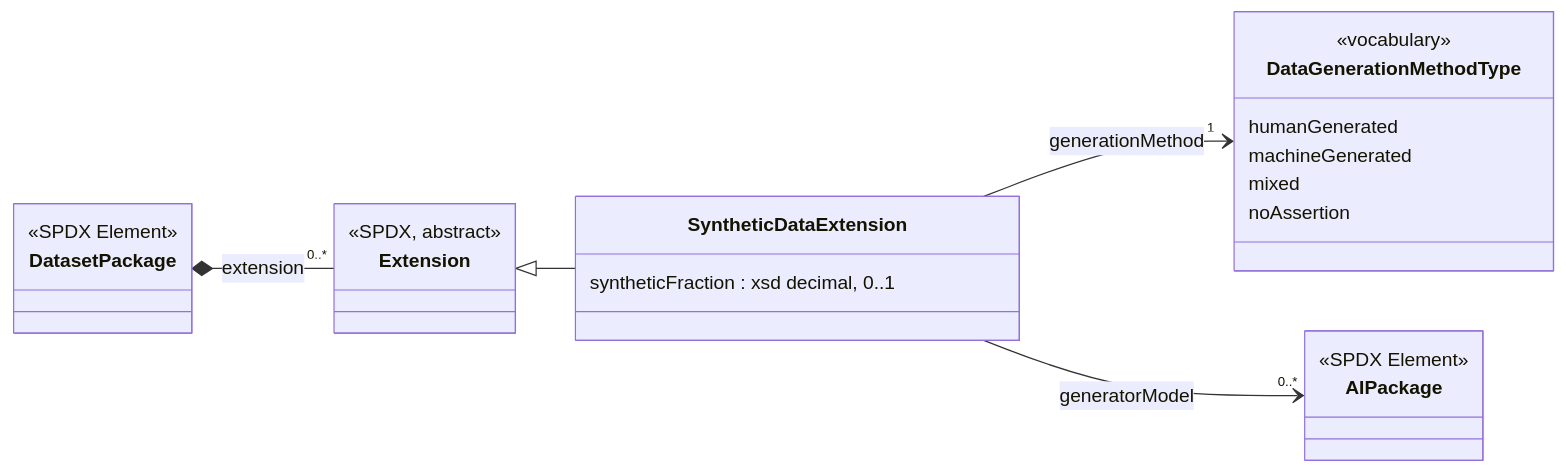
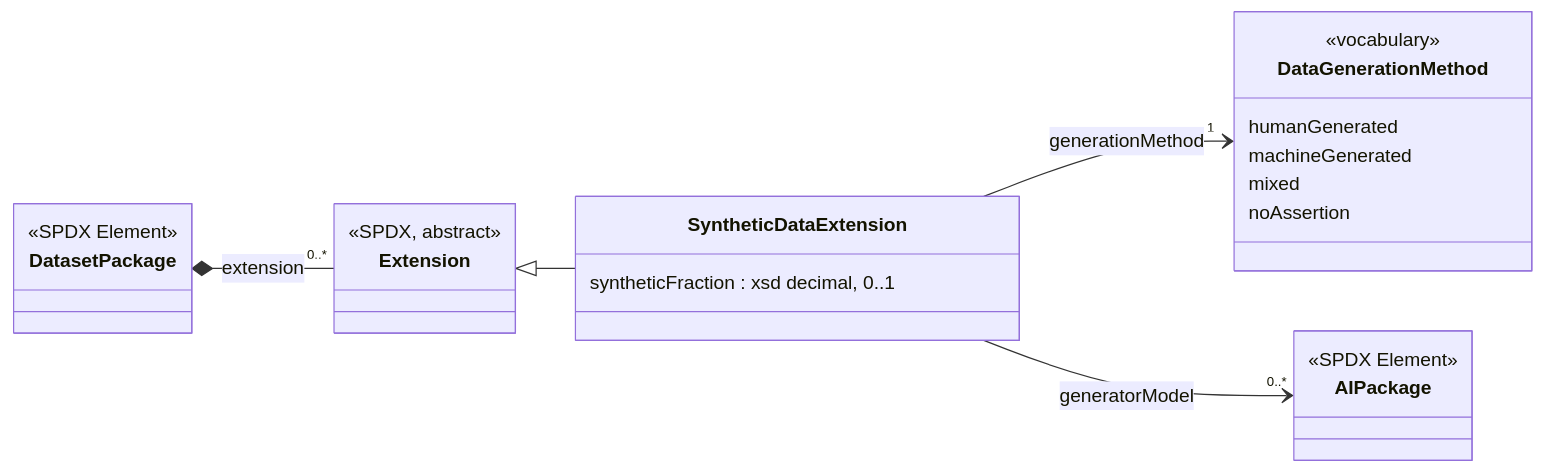
One commit to bact/using changed the second of 3 diagrams in docs/create-an-extension.md. Above: the diagram before and after it, drawn with Mermaid. The commit also changed other lines of this file, not shown here.

Commit message:
Rename DataGenerationMethodType to DataGenerationMethod

````diff
--- a/docs/create-an-extension.md
+++ b/docs/create-an-extension.md
@@ -99,27 +99,27 @@
 ```mermaid
 classDiagram
     direction LR
     class DatasetPackage {
         <<SPDX Element>>
     }
     class Extension {
         <<SPDX, abstract>>
     }
     class SyntheticDataExtension {
         syntheticFraction : xsd decimal, 0..1
     }
-    class DataGenerationMethodType {
+    class DataGenerationMethod {
         <<vocabulary>>
         humanGenerated
         machineGenerated
         mixed
         noAssertion
     }
     class AIPackage {
         <<SPDX Element>>
     }
     DatasetPackage *-- "0..*" Extension : extension
     Extension <|-- SyntheticDataExtension
-    SyntheticDataExtension --> "1" DataGenerationMethodType : generationMethod
+    SyntheticDataExtension --> "1" DataGenerationMethod : generationMethod
     SyntheticDataExtension --> "0..*" AIPackage : generatorModel
 ```
````
